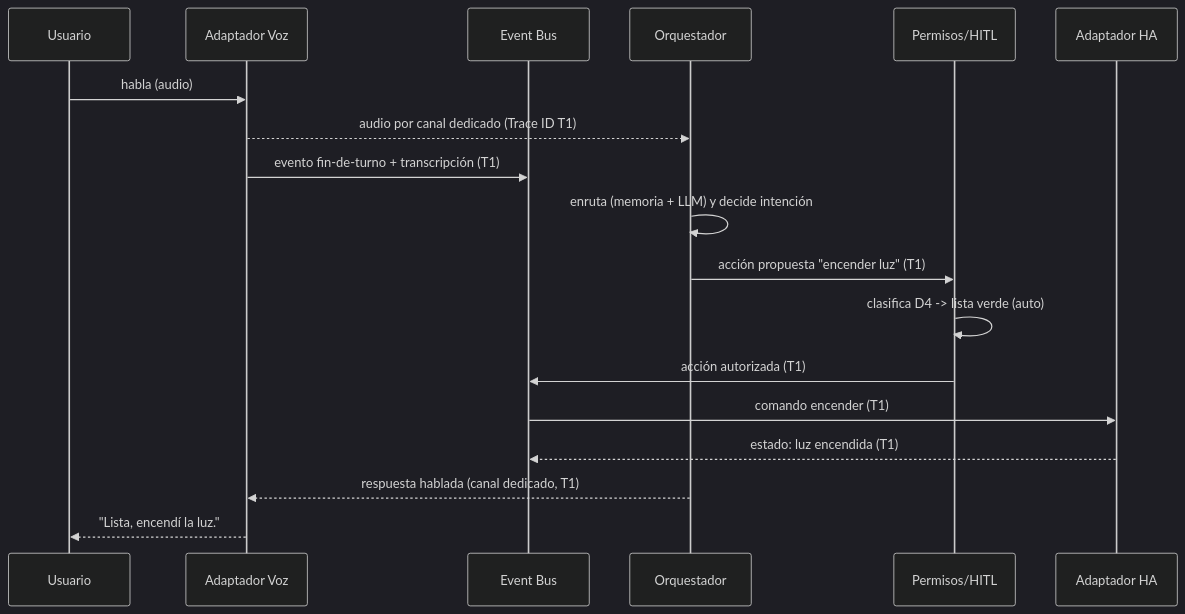
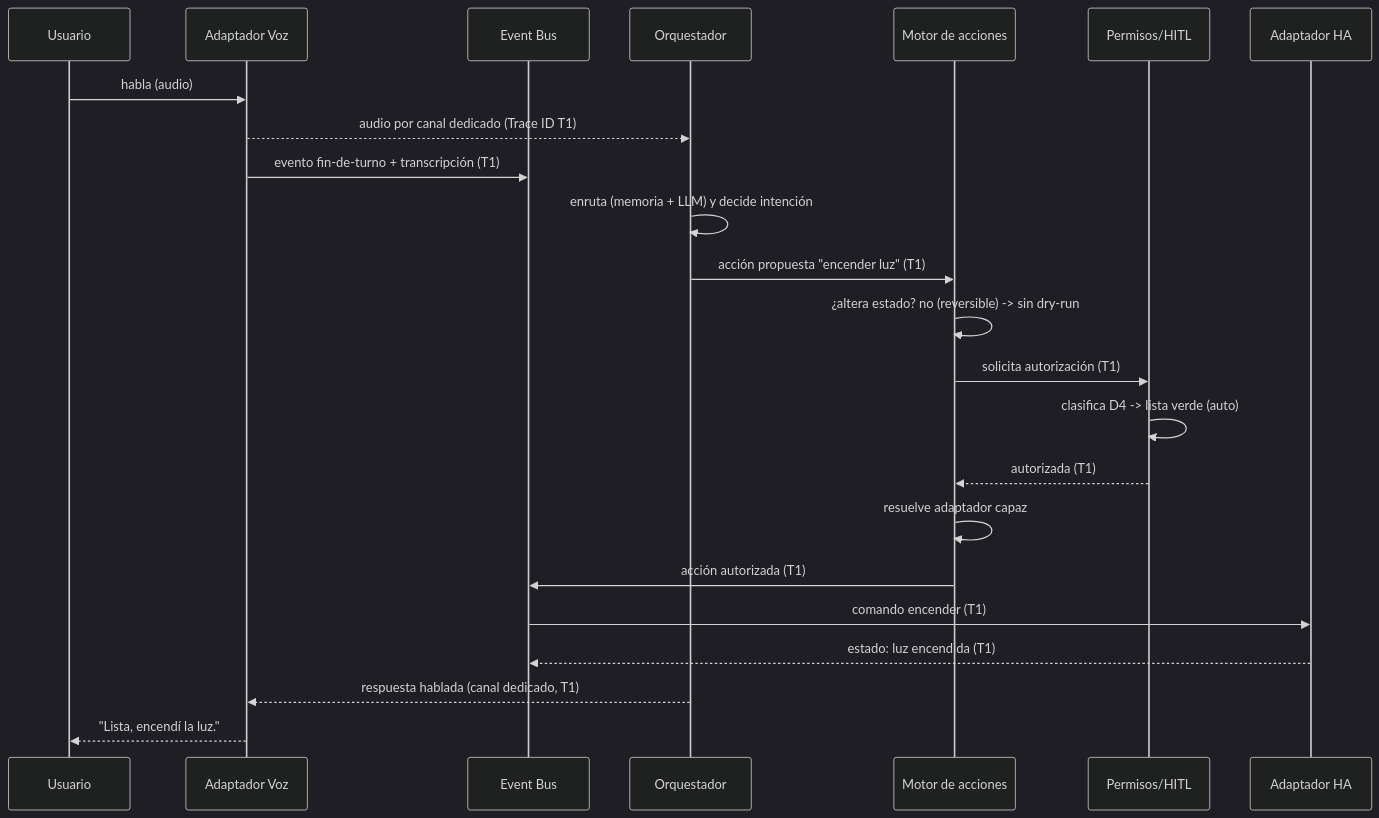
Before and after one commit to coordinadordeliverypsmt-wq/aura-project-bible: the third of 3 diagrams in docs/libro-03-arquitectura-del-sistema/3.2-arquitectura-referencia-c4.md, drawn with Mermaid (dark theme). The commit also changed other lines of this file and 7 other files, not shown here.

````diff
--- a/docs/libro-03-arquitectura-del-sistema/3.2-arquitectura-referencia-c4.md
+++ b/docs/libro-03-arquitectura-del-sistema/3.2-arquitectura-referencia-c4.md
@@ -155,20 +155,25 @@
 ```mermaid
 sequenceDiagram
     participant U as Usuario
     participant V as Adaptador Voz
     participant B as Event Bus
     participant O as Orquestador
+    participant M as Motor de acciones
     participant P as Permisos/HITL
     participant D as Adaptador HA
     U->>V: habla (audio)
     V-->>O: audio por canal dedicado (Trace ID T1)
     V->>B: evento fin-de-turno + transcripción (T1)
     O->>O: enruta (memoria + LLM) y decide intención
-    O->>P: acción propuesta "encender luz" (T1)
+    O->>M: acción propuesta "encender luz" (T1)
+    M->>M: ¿altera estado? no (reversible) -> sin dry-run
+    M->>P: solicita autorización (T1)
     P->>P: clasifica D4 -> lista verde (auto)
-    P->>B: acción autorizada (T1)
+    P-->>M: autorizada (T1)
+    M->>M: resuelve adaptador capaz
+    M->>B: acción autorizada (T1)
     B->>D: comando encender (T1)
     D-->>B: estado: luz encendida (T1)
     O-->>V: respuesta hablada (canal dedicado, T1)
     V-->>U: "Lista, encendí la luz."
 ```
````
